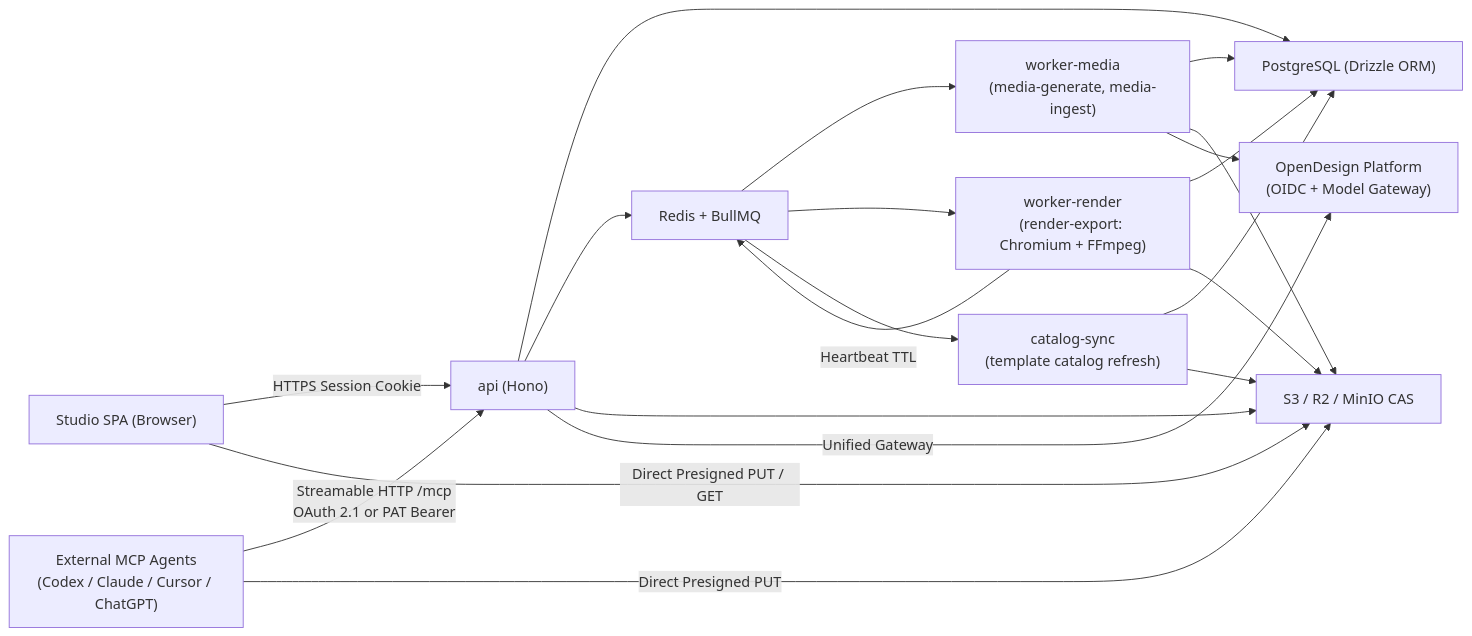
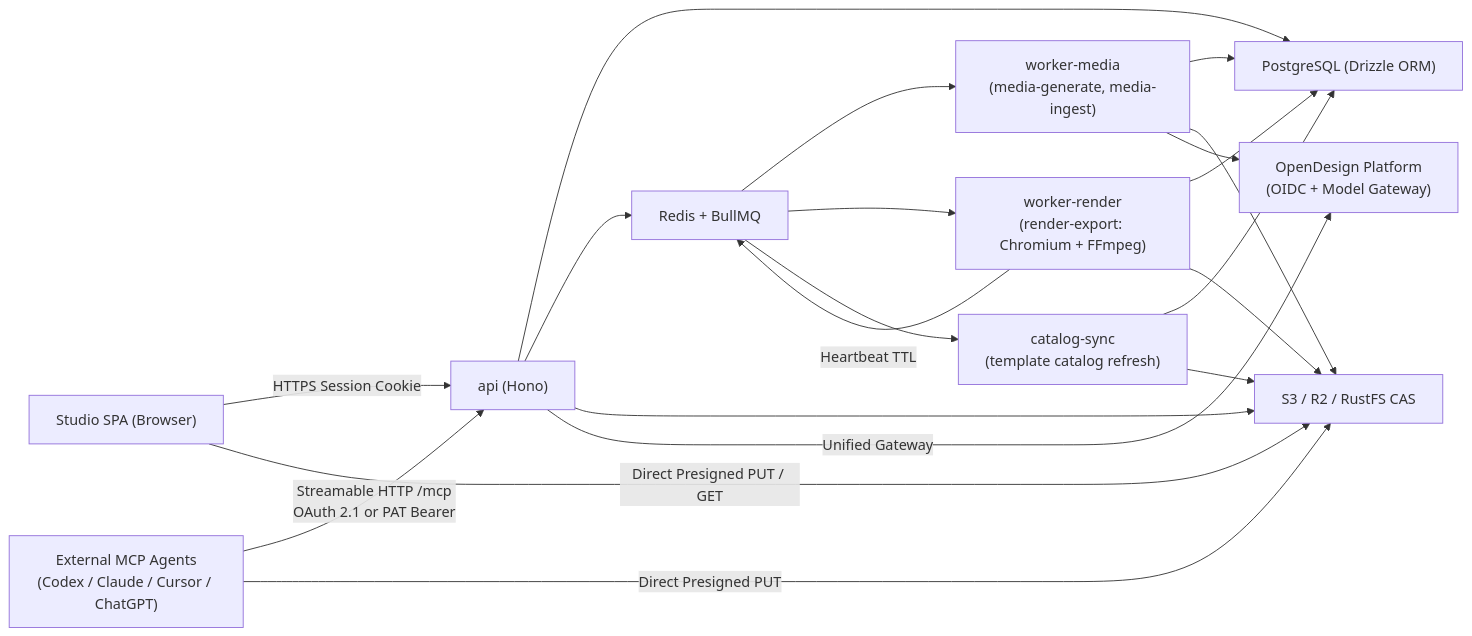
Before and after one commit to brixtonpham/openmotion: the diagram in docs/product/architecture.md, drawn with Mermaid. The commit also changed other lines of this file and 3 other files, not shown here.

First line of the commit message:
fix(deploy): switch local Docker Compose S3 service from MinIO to RustFS

````diff
--- a/docs/product/architecture.md
+++ b/docs/product/architecture.md
@@ -37,22 +37,22 @@
 ```mermaid
 flowchart LR
   Browser["Studio SPA (Browser)"] -->|HTTPS Session Cookie| API["api (Hono)"]
   Agent["External MCP Agents\n(Codex / Claude / Cursor / ChatGPT)"] -->|Streamable HTTP /mcp\nOAuth 2.1 or PAT Bearer| API
-  Browser -->|Direct Presigned PUT / GET| S3["S3 / R2 / MinIO CAS"]
+  Browser -->|Direct Presigned PUT / GET| S3["S3 / R2 / RustFS CAS"]
   Agent -->|Direct Presigned PUT| S3
   API --> PG["PostgreSQL (Drizzle ORM)"]
   API --> Redis["Redis + BullMQ"]
   API --> S3
   API -->|Unified Gateway| OD["OpenDesign Platform\n(OIDC + Model Gateway)"]
   Redis --> WM["worker-media\n(media-generate, media-ingest)"]
   Redis --> WR["worker-render\n(render-export: Chromium + FFmpeg)"]
   Redis --> CS["catalog-sync\n(template catalog refresh)"]
   WM --> PG
   WM --> S3
   WM --> OD
   WR --> PG
   WR --> S3
   WR -->|Heartbeat TTL| Redis
   CS --> PG
   CS --> S3
 ```
````
